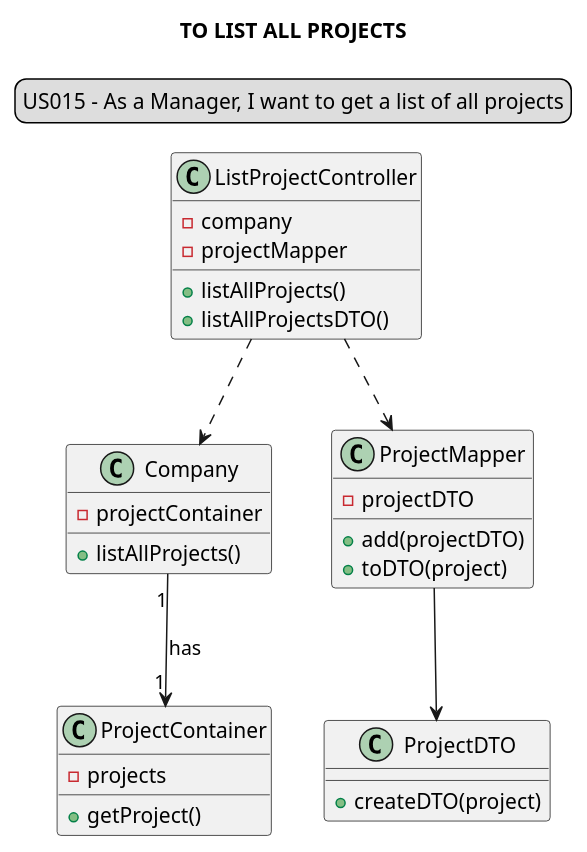
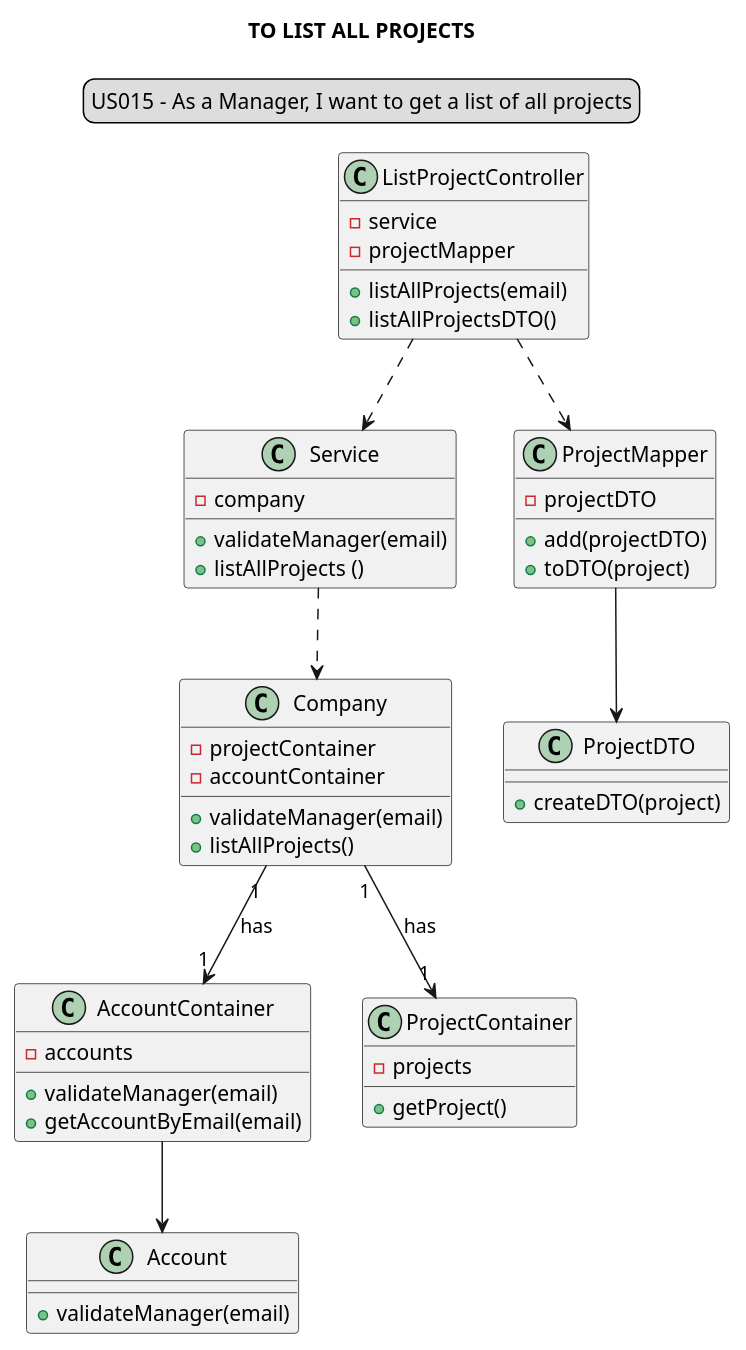
One commit to Loracline/project_switch_22-23 changed the diagram in docs/modelling_design/user_stories/us015/US015_classDiagram.puml. Above: the diagram before and after it, drawn with PlantUML. The commit also changed 1 other file, not shown here.

Commit message:
US015:Design: refactor of sequence and class diagram addition of Service

```diff
--- a/docs/modelling_design/user_stories/us015/US015_classDiagram.puml
+++ b/docs/modelling_design/user_stories/us015/US015_classDiagram.puml
@@ -1,40 +1,62 @@
 @startuml
 
 skinparam sequenceMessageAlign center
 title TO LIST ALL PROJECTS
 legend top
 US015 - As a Manager, I want to get a list of all projects
 end legend
 
 class "ListProjectController" {
--company
+-service
 -projectMapper
-+listAllProjects()
++listAllProjects(email)
 +listAllProjectsDTO()
+}
+
+class "Service" {
+- company
++ validateManager(email)
++ listAllProjects ()
 }
 
 class "Company"{
 -projectContainer
+-accountContainer
++ validateManager(email)
 +listAllProjects()
 }
+
+class "AccountContainer"{
+-accounts
++validateManager(email)
++getAccountByEmail(email)
+}
+
+class "Account"{
++validateManager(email)
+}
+
 class "ProjectContainer"{
 -projects
 +getProject()
 }
 
 class "ProjectMapper"{
 -projectDTO
 +add(projectDTO)
 +toDTO(project)
 }
 
 class "ProjectDTO" {
 +createDTO(project)
 }
-"ListProjectController" ..> "Company"
+"ListProjectController" ..> "Service"
+"Service" ..> "Company"
 "ListProjectController" ..> "ProjectMapper"
 "Company" "1"-->"1" "ProjectContainer": has
+"Company" "1"-->"1" "AccountContainer": has
+"AccountContainer" --> "Account"
 "ProjectMapper" --> "ProjectDTO"
 
 
 @enduml
```
